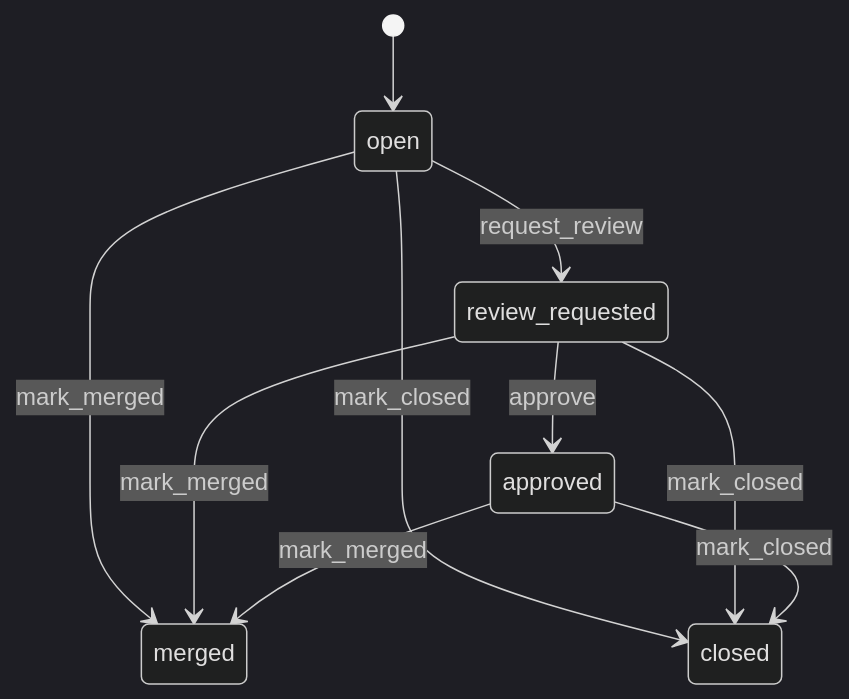
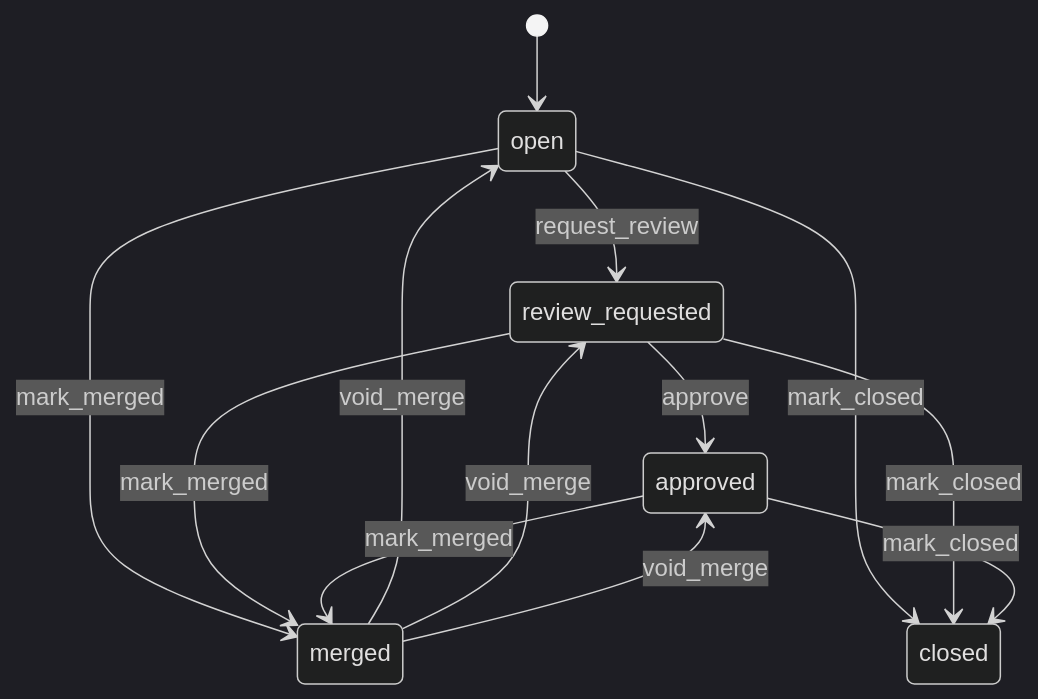
Before and after one commit to souliane/teatree: the diagram in docs/generated/diagrams/pull-request-lifecycle.md, drawn with Mermaid (dark theme). The commit also changed 37 other files, not shown here.

First line of the commit message:
feat: add audited void_merge correction (#5210)

````diff
--- a/docs/generated/diagrams/pull-request-lifecycle.md
+++ b/docs/generated/diagrams/pull-request-lifecycle.md
@@ -4,12 +4,15 @@
 ```mermaid
 stateDiagram-v2
     [*] --> open
     open --> review_requested : request_review
     open --> merged : mark_merged
     open --> closed : mark_closed
     review_requested --> approved : approve
     review_requested --> merged : mark_merged
     review_requested --> closed : mark_closed
     approved --> merged : mark_merged
     approved --> closed : mark_closed
+    merged --> open : void_merge
+    merged --> review_requested : void_merge
+    merged --> approved : void_merge
 ```
````
